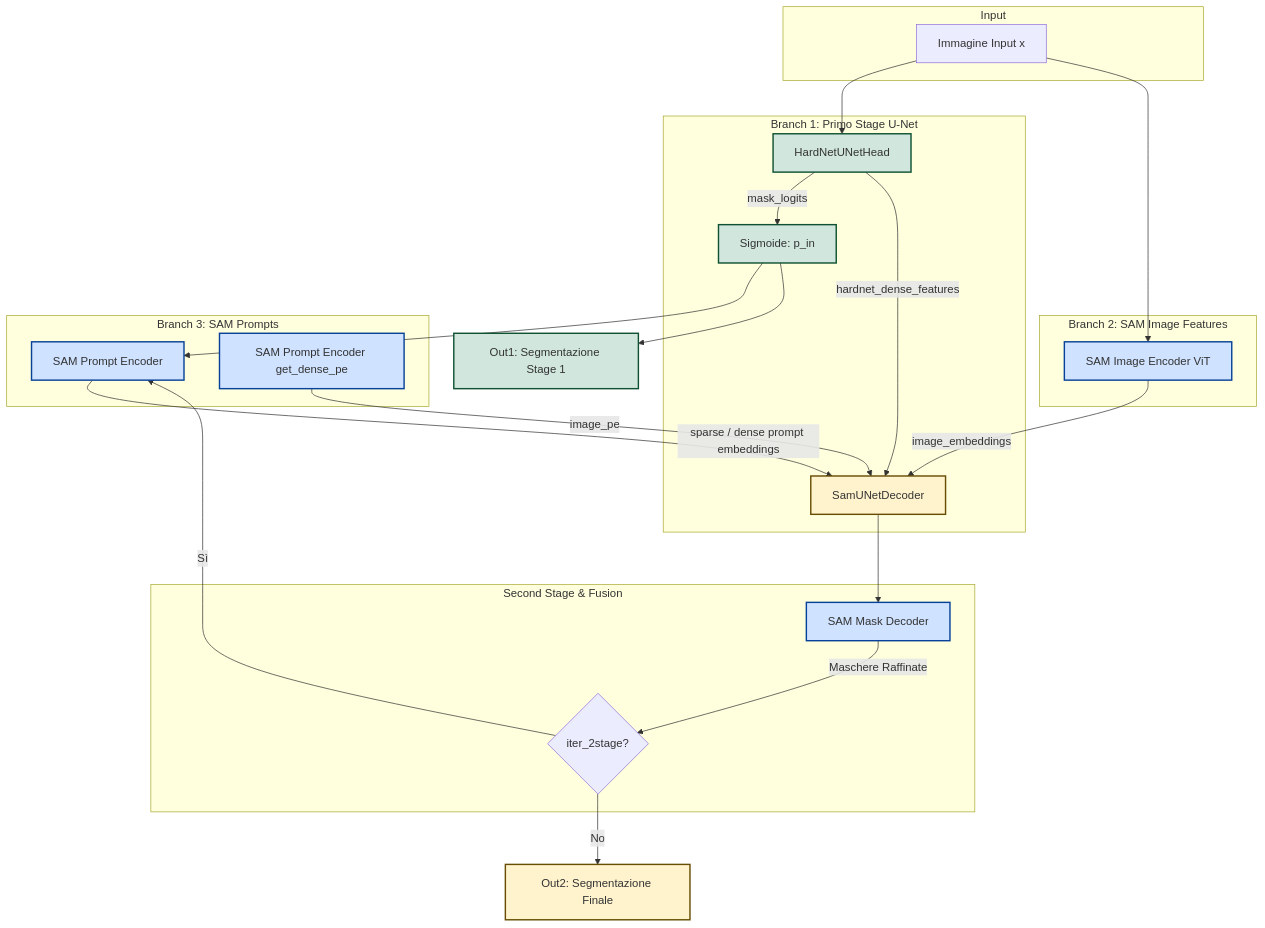
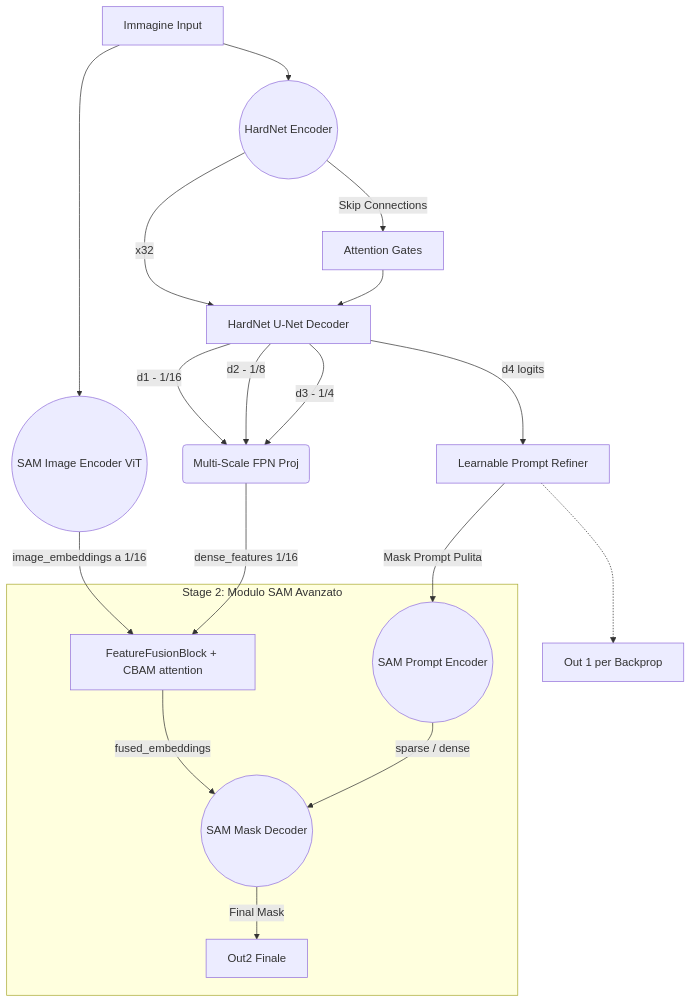
One commit to Marchisceddu/brainsam-hardnet changed the diagram in README_UNET.md. Above: the diagram before and after it, drawn with Mermaid. The commit also changed other lines of this file and 3 other files, not shown here.

````diff
--- a/README_UNET.md
+++ b/README_UNET.md
@@ -9,41 +49,33 @@
 ```mermaid
 graph TD
-    subgraph Input
-        X[Immagine Input x]
+    X[Immagine Input] --> ViT((SAM Image Encoder ViT))
+    X --> Backbone((HardNet Encoder))
+    
+    %% BRANCH 1: SAM ViT
+    ViT -->|image_embeddings a 1/16| FusionBlock
+    
+    %% BRANCH 2: HardNet U-Net
+    Backbone -->|Skip Connections| AG[Attention Gates]
+    Backbone -->|x32| Dec[HardNet U-Net Decoder]
+    
+    AG --> Dec
+    
+    %% Multi-Scale Extraction
+    Dec -->|d1 - 1/16| FPN(Multi-Scale FPN Proj)
+    Dec -->|d2 - 1/8| FPN
+    Dec -->|d3 - 1/4| FPN
+    
+    Dec -->|d4 logits| LPR[Learnable Prompt Refiner]
+    LPR -->|Mask Prompt Pulita| PromptEnc((SAM Prompt Encoder))
+    
+    FPN -->|dense_features 1/16| FusionBlock
+    
+    subgraph SAM_Stage_2 [Stage 2: Modulo SAM Avanzato]
+        FusionBlock[FeatureFusionBlock + CBAM attention]
+        FusionBlock -->|fused_embeddings| MaskDec((SAM Mask Decoder))
+        PromptEnc -->|sparse / dense| MaskDec
+        MaskDec -->|Final Mask| Out2[Out2 Finale]
     end
-
-    subgraph Branch 1: Primo Stage U-Net
-        X --> HU[HardNetUNetHead]
-        HU -->|mask_logits | MaskProb[Sigmoide: p_in]
-        HU -->|hardnet_dense_features| SamDecoder
-    end
-
-    subgraph Branch 2: SAM Image Features
-        X --> ViT[SAM Image Encoder ViT]
-        ViT -->|image_embeddings| SamDecoder
-    end
-
-    subgraph Branch 3: SAM Prompts
-        MaskProb --> PromptEnc[SAM Prompt Encoder]
-        PromptEnc -->|sparse / dense prompt embeddings| SamDecoder
-        PromptEncPE[SAM Prompt Encoder get_dense_pe] -->|image_pe| SamDecoder
-    end
-
-    subgraph Second Stage & Fusion
-        SamDecoder[SamUNetDecoder]
-        SamDecoder --> MaskDec[SAM Mask Decoder]
-        MaskDec -->|Maschere Raffinate| Loop{iter_2stage?}
-        Loop -- Sì --> PromptEnc
-    end
-
-    Loop -- No --> FinalOut[Out2: Segmentazione Finale]
-    MaskProb --> FirstOut[Out1: Segmentazione Stage 1]
-
-    classDef stage1 fill:#d1e7dd,stroke:#0f5132,stroke-width:2px;
-    classDef sam fill:#cfe2ff,stroke:#084298,stroke-width:2px;
-    classDef fusion fill:#fff3cd,stroke:#664d03,stroke-width:2px;
-
-    class HU,MaskProb,FirstOut stage1;
-    class ViT,PromptEnc,PromptEncPE,MaskDec sam;
-    class SamDecoder,FinalOut fusion;
+    
+    LPR -.-> Out1[Out 1 per Backprop]
 ```
````
